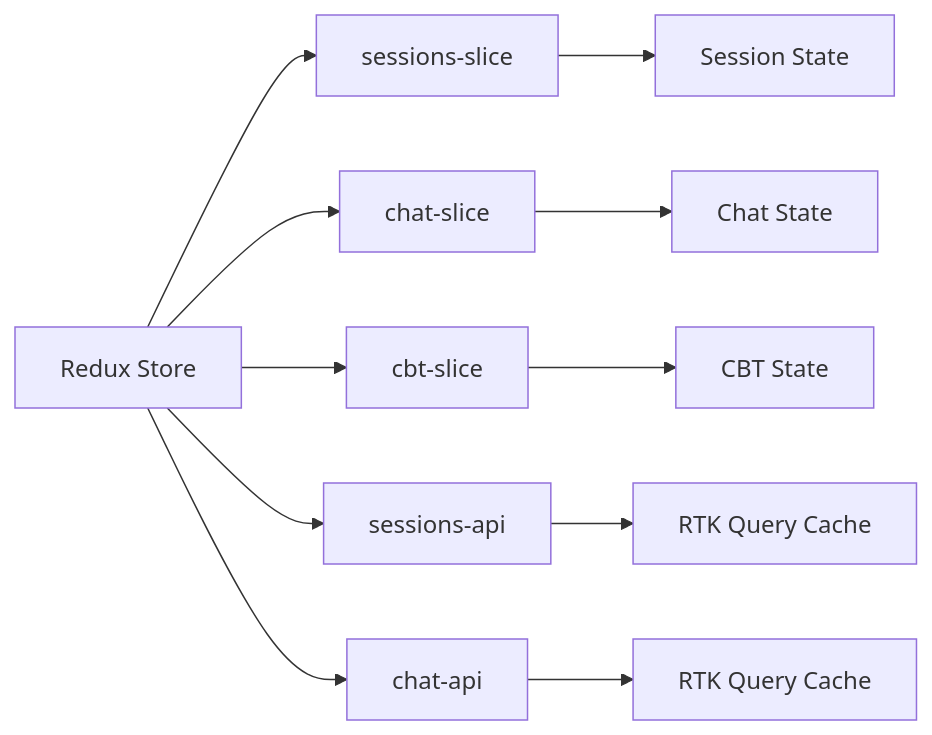
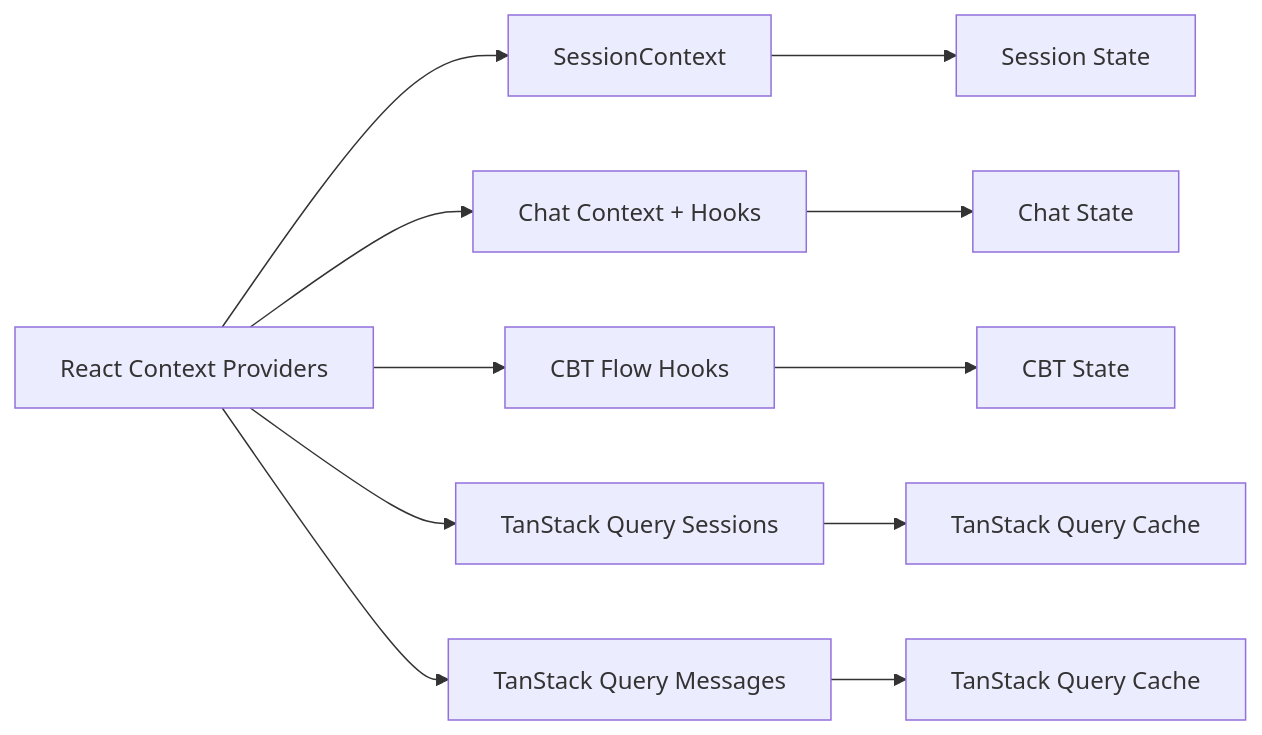
The fifth of 13 diagrams in docs/DATA_MODEL.md (ddv1982/ai-therapist), drawn with Mermaid before and after one commit. The commit also changed other lines of this file and 35 other files, not shown here.

````diff
--- a/docs/DATA_MODEL.md
+++ b/docs/DATA_MODEL.md
@@ -649,15 +649,15 @@
 ```mermaid
 graph LR
-    Store[Redux Store] --> Sessions[sessions-slice]
-    Store --> Chat[chat-slice]
-    Store --> CBT[cbt-slice]
-    Store --> SessionsAPI[sessions-api]
-    Store --> ChatAPI[chat-api]
+    Store[React Context Providers] --> Sessions[SessionContext]
+    Store --> Chat[Chat Context + Hooks]
+    Store --> CBT[CBT Flow Hooks]
+    Store --> SessionsAPI[TanStack Query Sessions]
+    Store --> ChatAPI[TanStack Query Messages]
 
     Sessions --> State1[Session State]
     Chat --> State2[Chat State]
     CBT --> State3[CBT State]
 
-    SessionsAPI --> RTK1[RTK Query Cache]
-    ChatAPI --> RTK2[RTK Query Cache]
+    SessionsAPI --> RTK1[TanStack Query Cache]
+    ChatAPI --> RTK2[TanStack Query Cache]
 ```
````
